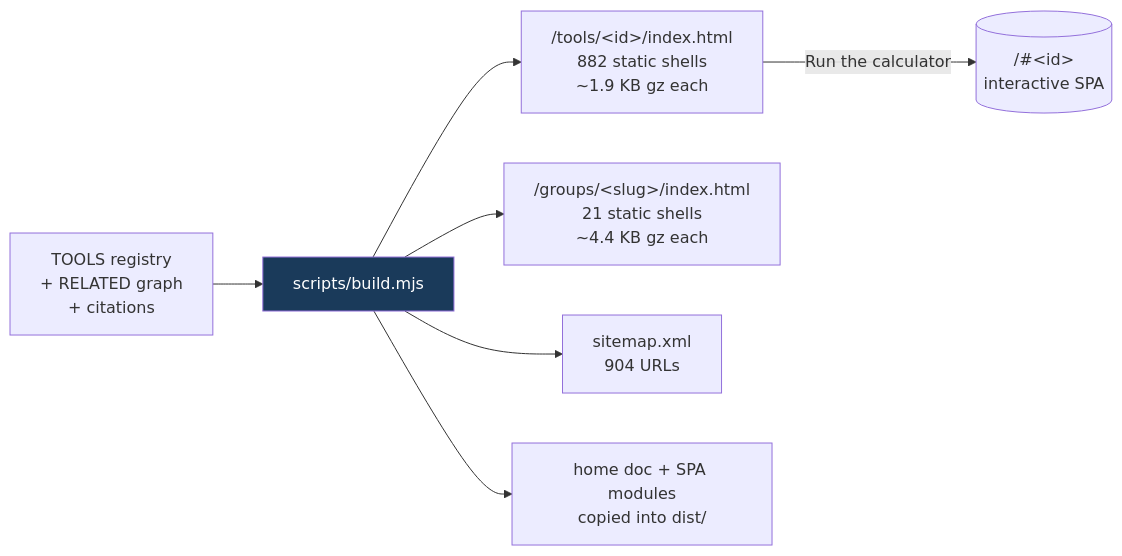
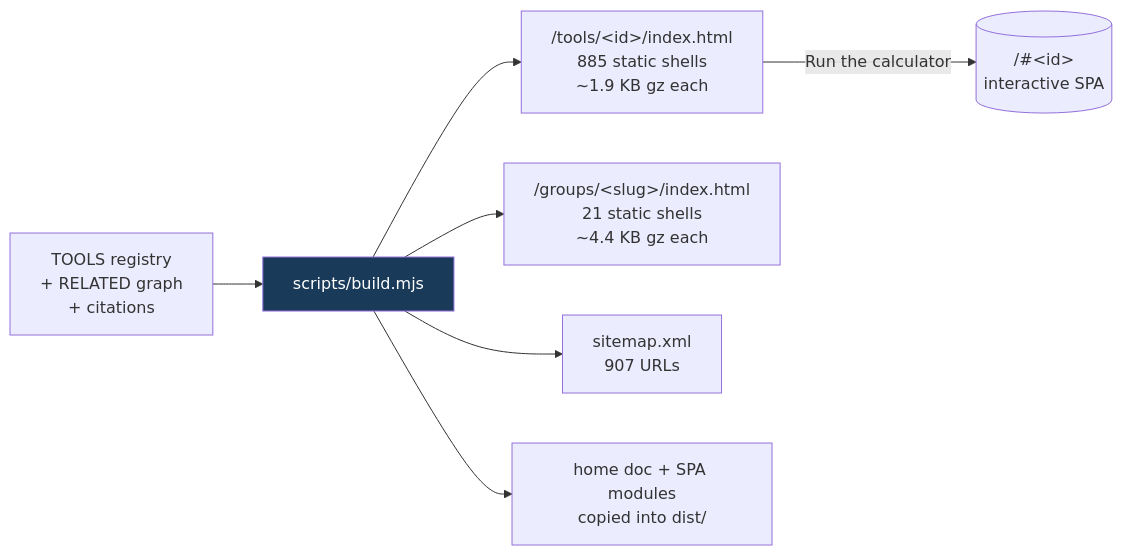
Before and after one commit to clay-good/roughlogic.com: the fifth of 8 diagrams in README.md, drawn with Mermaid. The commit also changed other lines of this file and 19 other files, not shown here.

````diff
--- a/README.md
+++ b/README.md
@@ -495,10 +495,10 @@
 ```mermaid
 flowchart LR
     SRC[TOOLS registry\n+ RELATED graph\n+ citations] --> BUILD[scripts/build.mjs]
-    BUILD --> TILE["/tools/&lt;id&gt;/index.html\n882 static shells\n~1.9 KB gz each"]
+    BUILD --> TILE["/tools/&lt;id&gt;/index.html\n885 static shells\n~1.9 KB gz each"]
     BUILD --> GROUP["/groups/&lt;slug&gt;/index.html\n21 static shells\n~4.4 KB gz each"]
-    BUILD --> MAP["sitemap.xml\n904 URLs"]
+    BUILD --> MAP["sitemap.xml\n907 URLs"]
     BUILD --> COPY[home doc + SPA modules\ncopied into dist/]
     TILE -->|Run the calculator| SPA[("/#&lt;id&gt;\ninteractive SPA")]
     style BUILD fill:#1a3a5a,color:#fff
 ```
````
